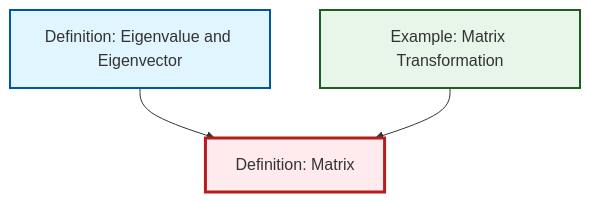
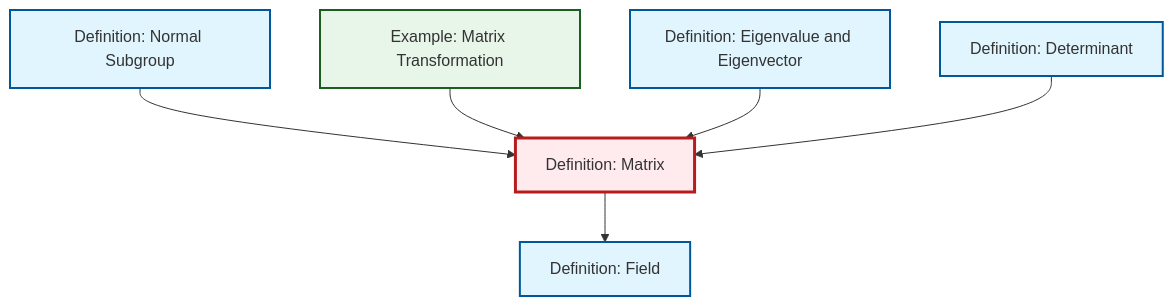
One commit to RK0429/ModernMath changed the diagram in content/en/algebra/def-matrix.qmd. Above: the diagram before and after it, drawn with Mermaid. The commit also changed other lines of this file and 531 other files, not shown here.

````diff
--- a/content/en/algebra/def-matrix.qmd
+++ b/content/en/algebra/def-matrix.qmd
@@ -59,17 +59,26 @@
 ```{mermaid}
 %%| fig-cap: "Local dependency graph"
 graph TD
     classDef definition fill:#e1f5fe,stroke:#01579b,stroke-width:2px
     classDef theorem fill:#f3e5f5,stroke:#4a148c,stroke-width:2px
     classDef axiom fill:#fff3e0,stroke:#e65100,stroke-width:2px
     classDef example fill:#e8f5e9,stroke:#1b5e20,stroke-width:2px
     classDef current fill:#ffebee,stroke:#b71c1c,stroke-width:3px
+    def-field["Definition: Field"]:::definition
+    def-determinant["Definition: Determinant"]:::definition
+    def-normal-subgroup["Definition: Normal Subgroup"]:::definition
+    def-eigenvalue-eigenvector["Definition: Eigenvalue and Eigenvector"]:::definition
+    ex-matrix-transformation["Example: Matrix Transformation"]:::example
     def-matrix["Definition: Matrix"]:::definition
-    ex-matrix-transformation["Example: Matrix Transformation"]:::example
-    def-eigenvalue-eigenvector["Definition: Eigenvalue and Eigenvector"]:::definition
+    def-normal-subgroup --> def-matrix
+    def-matrix --> def-field
+    ex-matrix-transformation --> def-matrix
     def-eigenvalue-eigenvector --> def-matrix
-    ex-matrix-transformation --> def-matrix
+    def-determinant --> def-matrix
     class def-matrix current
+    click def-field "def-field.html" "Go to Field definition"
+    click def-determinant "def-determinant.html" "Go to Determinant definition"
+    click def-normal-subgroup "def-normal-subgroup.html" "Go to Normal Subgroup definition"
+    click def-eigenvalue-eigenvector "def-eigenvalue-eigenvector.html" "Go to Eigenvalue and Eigenvector definition"
     click ex-matrix-transformation "ex-matrix-transformation.html" "Go to Matrix Transformation example"
-    click def-eigenvalue-eigenvector "def-eigenvalue-eigenvector.html" "Go to Eigenvalue and Eigenvector definition"
 ```
````
